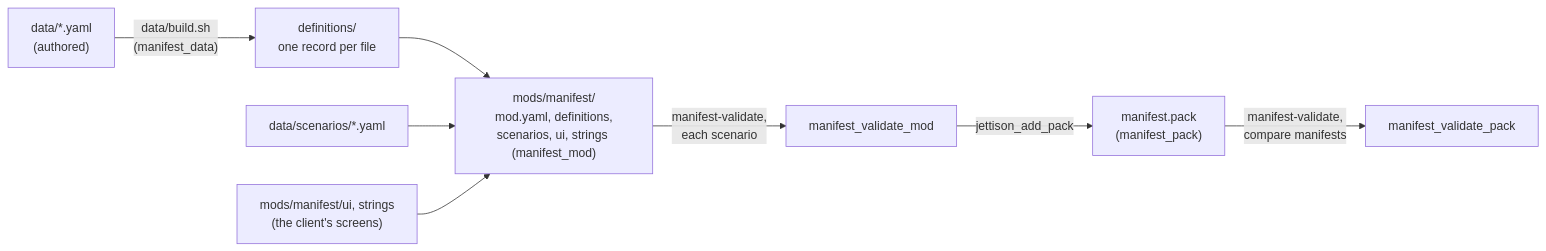
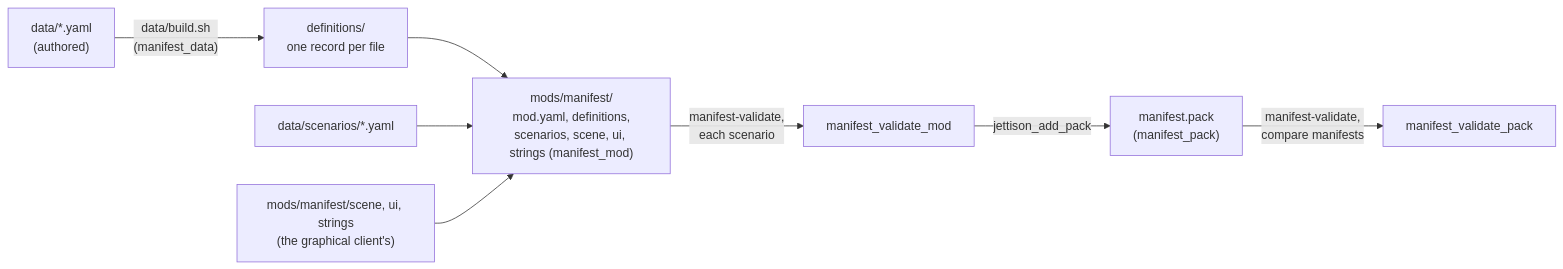
Before and after one commit to ivanhawkes/manifest: the first of 2 diagrams in docs/content.md, drawn with Mermaid. The commit also changed other lines of this file and 20 other files, not shown here.

First line of the commit message:
Client: its saves' section, the screens check and the render test; L15a done

````diff
--- a/docs/content.md
+++ b/docs/content.md
@@ -36,10 +36,10 @@
 ```mermaid
 flowchart LR
     src["data/*.yaml<br/>(authored)"] -->|"data/build.sh<br/>(manifest_data)"| defs["definitions/<br/>one record per file"]
-    defs --> mod["mods/manifest/<br/>mod.yaml, definitions,<br/>scenarios, ui, strings (manifest_mod)"]
+    defs --> mod["mods/manifest/<br/>mod.yaml, definitions,<br/>scenarios, scene, ui, strings (manifest_mod)"]
     scen["data/scenarios/*.yaml"] --> mod
-    ui["mods/manifest/ui, strings<br/>(the client's screens)"] --> mod
+    ui["mods/manifest/scene, ui, strings<br/>(the graphical client's)"] --> mod
     mod -->|"manifest-validate,<br/>each scenario"| vmod["manifest_validate_mod"]
     vmod -->|"jettison_add_pack"| pack["manifest.pack<br/>(manifest_pack)"]
     pack -->|"manifest-validate,<br/>compare manifests"| vpack["manifest_validate_pack"]
 ```
````
